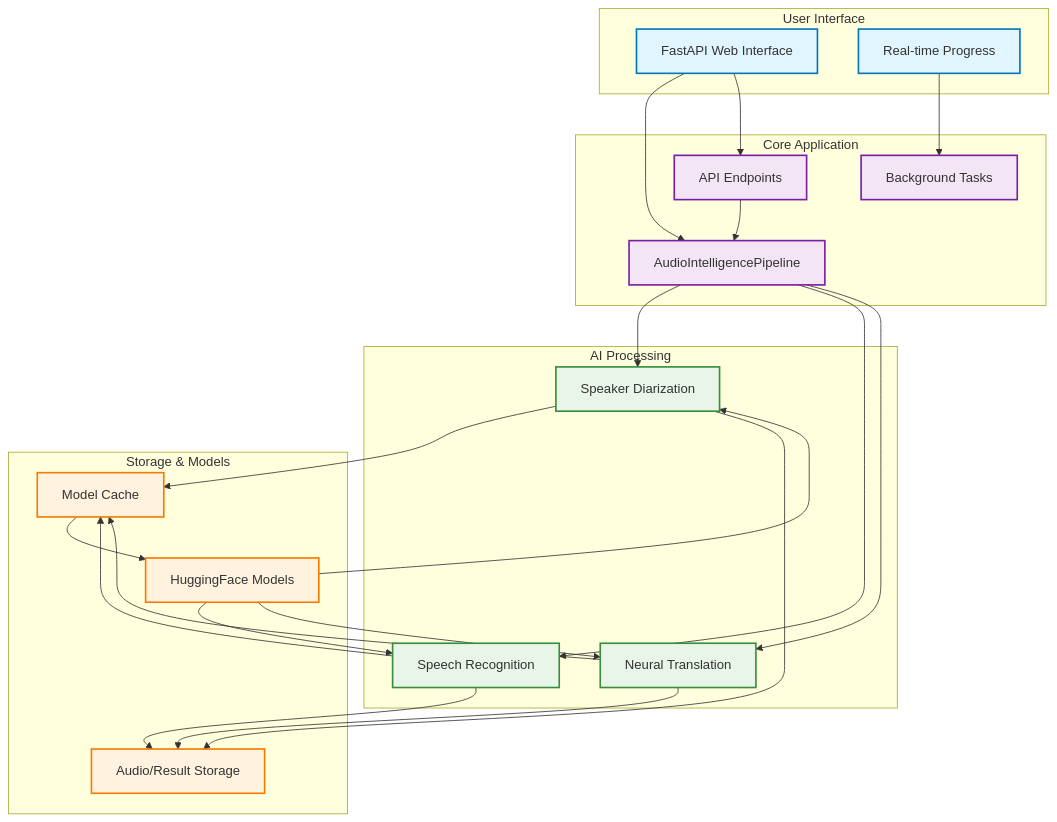
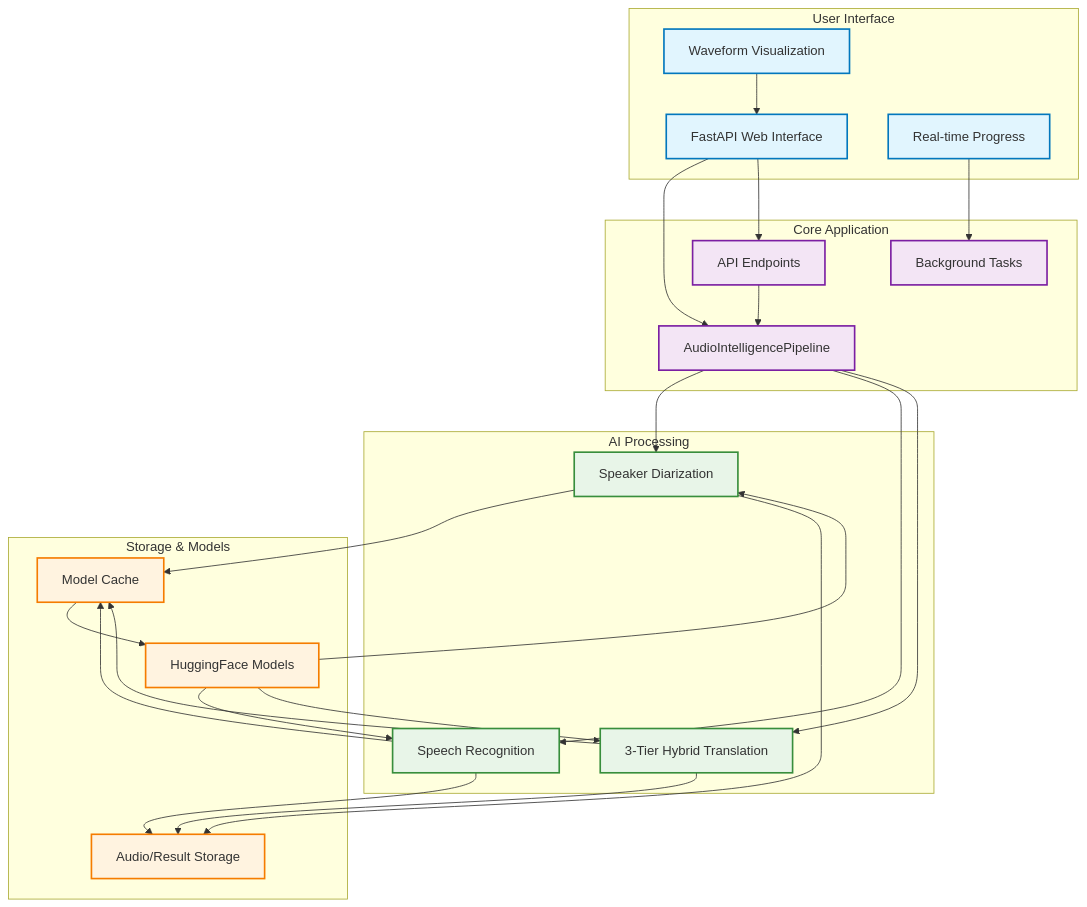
The diagram in DOCUMENTATION.md (Prathameshv07/Multilingual-Audio-Intelligence-System), drawn with Mermaid before and after one commit. The commit also changed other lines of this file and 36 other files, not shown here.

````diff
--- a/DOCUMENTATION.md
+++ b/DOCUMENTATION.md
@@ -194,59 +253,61 @@
 ```mermaid
 graph TB
     subgraph "User Interface"
         A[FastAPI Web Interface]
         B[Real-time Progress]
+        C[Waveform Visualization]
     end
     
     subgraph "Core Application"
-        C[AudioIntelligencePipeline]
-        D[Background Tasks]
-        E[API Endpoints]
+        D[AudioIntelligencePipeline]
+        E[Background Tasks]
+        F[API Endpoints]
     end
     
     subgraph "AI Processing"
-        F[Speaker Diarization]
-        G[Speech Recognition]
-        H[Neural Translation]
+        G[Speaker Diarization]
+        H[Speech Recognition]
+        I[3-Tier Hybrid Translation]
     end
     
     subgraph "Storage & Models"
-        I[Model Cache]
-        J[Audio/Result Storage]
-        K[HuggingFace Models]
+        J[Model Cache]
+        K[Audio/Result Storage]
+        L[HuggingFace Models]
     end
     
     %% Main flow connections
-    A --> C
-    B --> D
-    A --> E
-    E --> C
+    A --> D
+    B --> E
+    A --> F
+    F --> D
+    C --> A
     
-    C --> F
-    C --> G
-    C --> H
+    D --> G
+    D --> H
+    D --> I
     
-    F --> I
-    G --> I
-    H --> I
-    
-    F --> J
     G --> J
     H --> J
+    I --> J
     
+    G --> K
+    H --> K
     I --> K
-    K --> F
-    K --> G
-    K --> H
+    
+    J --> L
+    L --> G
+    L --> H
+    L --> I
     
     %% Styling
     classDef ui fill:#e1f5fe,stroke:#0277bd,stroke-width:2px
     classDef app fill:#f3e5f5,stroke:#7b1fa2,stroke-width:2px
     classDef ai fill:#e8f5e8,stroke:#388e3c,stroke-width:2px
     classDef storage fill:#fff3e0,stroke:#f57c00,stroke-width:2px
     
-    class A,B ui
-    class C,D,E app
-    class F,G,H ai
-    class I,J,K storage
+    class A,B,C ui
+    class D,E,F app
+    class G,H,I ai
+    class J,K,L storage
 ```
````
